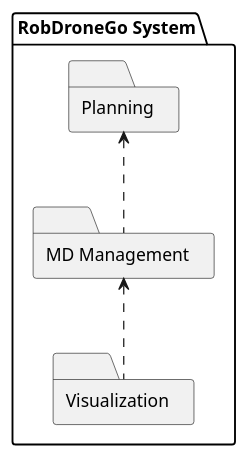
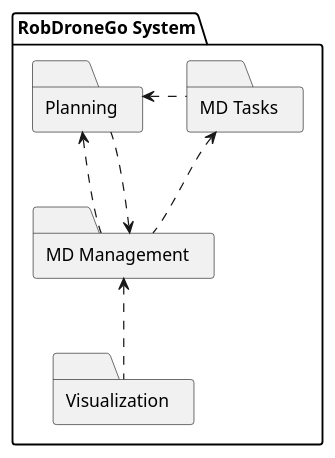
The diagram in _wiki/views/level-2/implementation-view/implementation-view.puml (miseEnPlace-dev/lapr5), drawn with PlantUML before and after one commit. The commit also changed 14 other files, not shown here.

```diff
--- a/_wiki/views/level-2/implementation-view/implementation-view.puml
+++ b/_wiki/views/level-2/implementation-view/implementation-view.puml
@@ -1,19 +1,26 @@
 @startuml implementation-view
 
 package "RobDroneGo System" {
   
   folder "Visualization" as V {
   }
 
   folder "MD Management" as MDM {
   }
 
   folder "Planning" as P {
   }
+
+  folder "MD Tasks" as MDT {
+  }
 }
 
 
 MDM <.. V
 P <.. MDM
+MDM <.. P
+
+MDT <.. MDM
+P <. MDT
 
 @enduml
```
